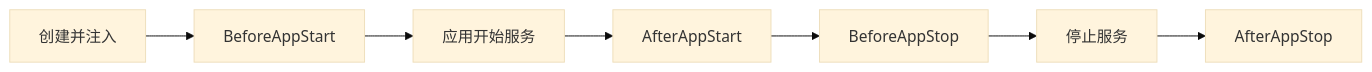
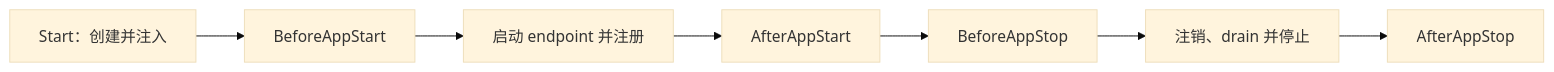
The diagram in i18n/zh-CN/docusaurus-plugin-content-docs/current/framework/components.md (yorun-ai/vine-site), drawn with Mermaid (base theme) before and after one commit. The commit also changed other lines of this file and 95 other files, not shown here.

````diff
--- a/i18n/zh-CN/docusaurus-plugin-content-docs/current/framework/components.md
+++ b/i18n/zh-CN/docusaurus-plugin-content-docs/current/framework/components.md
@@ -77,5 +81,5 @@
 ```mermaid
 flowchart LR
-  Create["创建并注入"] --> BeforeStart["BeforeAppStart"] --> Start["应用开始服务"] --> AfterStart["AfterAppStart"]
-  AfterStart --> BeforeStop["BeforeAppStop"] --> Stop["停止服务"] --> AfterStop["AfterAppStop"]
+  Create["Start：创建并注入"] --> BeforeStart["BeforeAppStart"] --> Start["启动 endpoint 并注册"] --> AfterStart["AfterAppStart"]
+  AfterStart --> BeforeStop["BeforeAppStop"] --> Stop["注销、drain 并停止"] --> AfterStop["AfterAppStop"]
 ```
````
